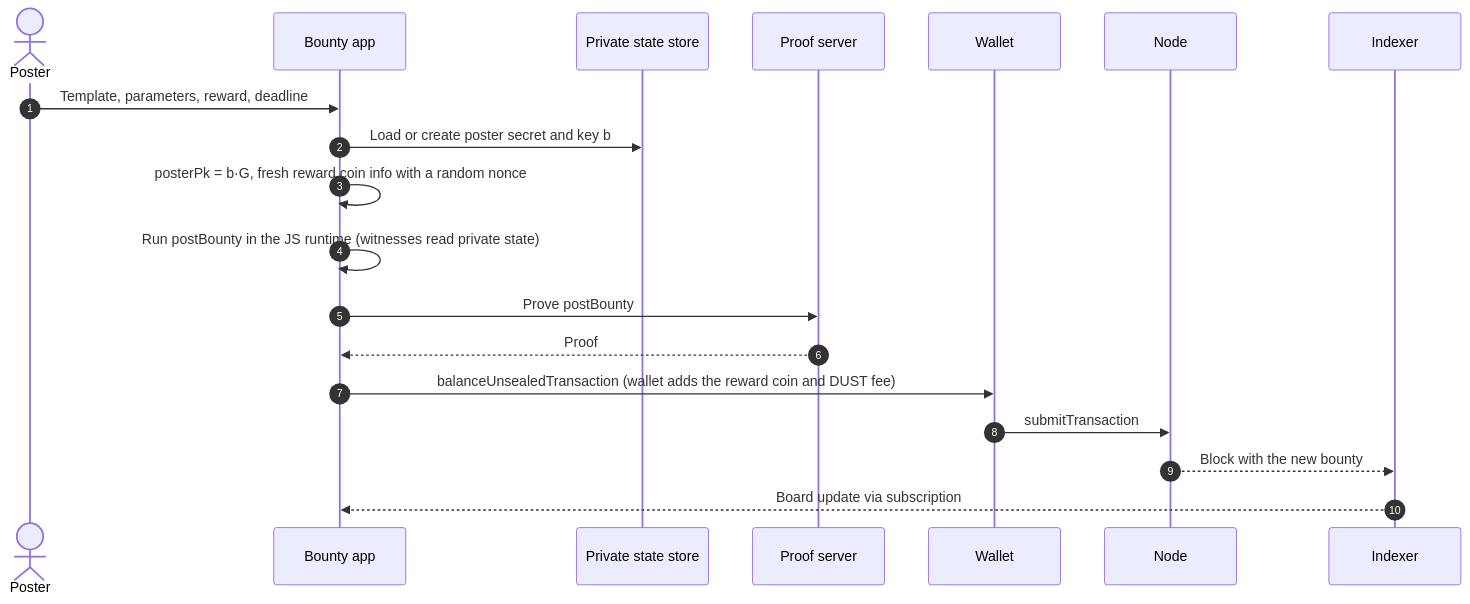
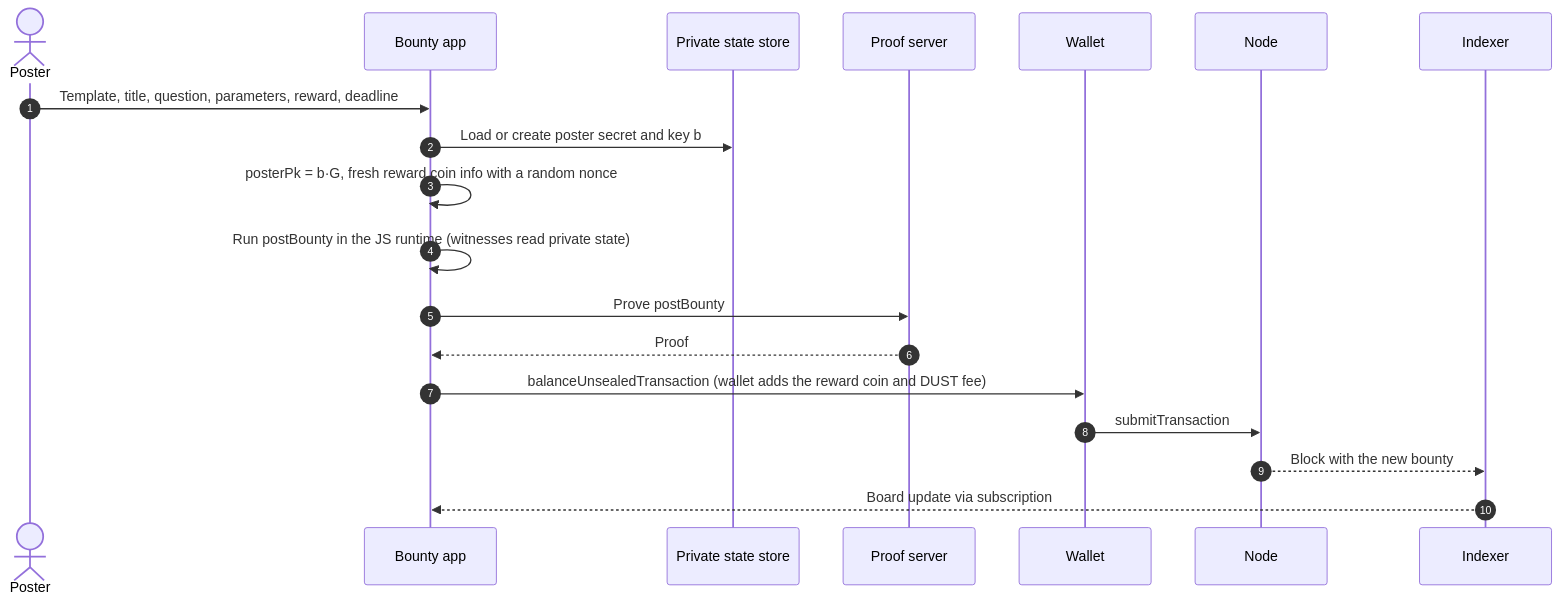
Before and after one commit to Kanasjnr/Midnight-private-bounties: the third of 11 diagrams in ARCHITECTURE.md, drawn with Mermaid. The commit also changed other lines of this file and 9 other files, not shown here.

````diff
--- a/ARCHITECTURE.md
+++ b/ARCHITECTURE.md
@@ -339,21 +347,21 @@
 ```mermaid
 sequenceDiagram
   autonumber
   actor P as Poster
   participant UI as Bounty app
   participant St as Private state store
   participant PS as Proof server
   participant W as Wallet
   participant N as Node
   participant I as Indexer
-  P->>UI: Template, parameters, reward, deadline
+  P->>UI: Template, title, question, parameters, reward, deadline
   UI->>St: Load or create poster secret and key b
   UI->>UI: posterPk = b·G, fresh reward coin info with a random nonce
   UI->>UI: Run postBounty in the JS runtime (witnesses read private state)
   UI->>PS: Prove postBounty
   PS-->>UI: Proof
   UI->>W: balanceUnsealedTransaction (wallet adds the reward coin and DUST fee)
   W->>N: submitTransaction
   N-->>I: Block with the new bounty
   I-->>UI: Board update via subscription
 ```
````
